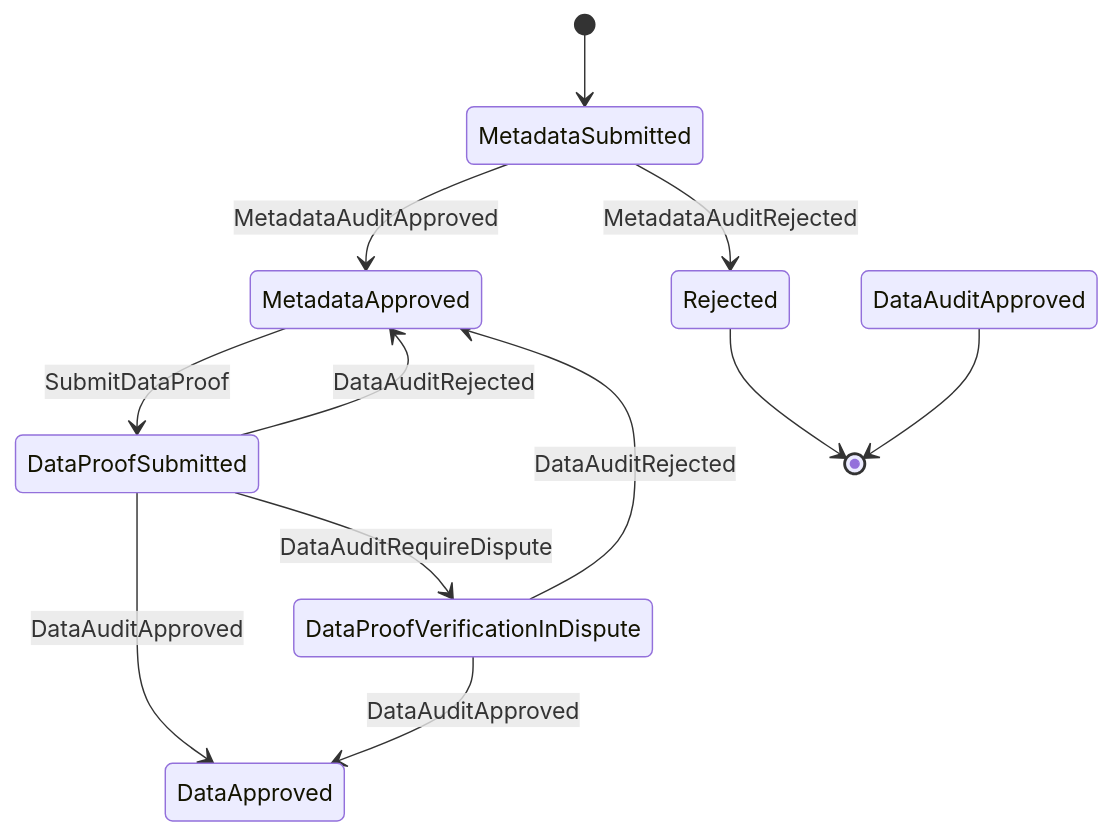
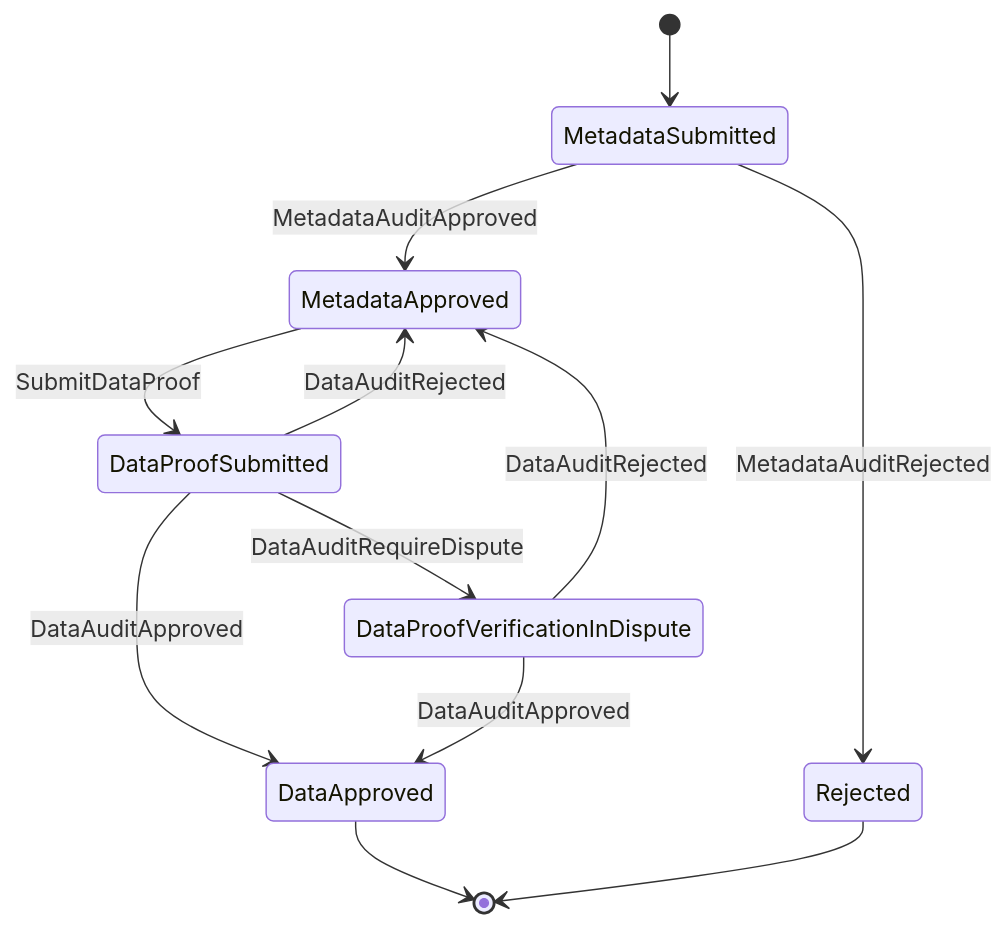
Before and after one commit to dataswap/specs: the diagram in systems/README.md, drawn with Mermaid.

Commit message:
update dataset statediagram

````diff
--- a/systems/README.md
+++ b/systems/README.md
@@ -77,14 +77,14 @@
 ```mermaid
 stateDiagram
     [*] --> MetadataSubmitted
     MetadataSubmitted --> MetadataApproved:MetadataAuditApproved
     MetadataSubmitted --> Rejected:MetadataAuditRejected
     MetadataApproved --> DataProofSubmitted:SubmitDataProof
     DataProofSubmitted --> DataApproved:DataAuditApproved
     DataProofSubmitted --> MetadataApproved:DataAuditRejected
     DataProofSubmitted --> DataProofVerificationInDispute:DataAuditRequireDispute
     DataProofVerificationInDispute --> DataApproved:DataAuditApproved
     DataProofVerificationInDispute --> MetadataApproved:DataAuditRejected
-    DataAuditApproved-->[*]
+    DataApproved -->[*]
     Rejected-->[*]
 ```
````
